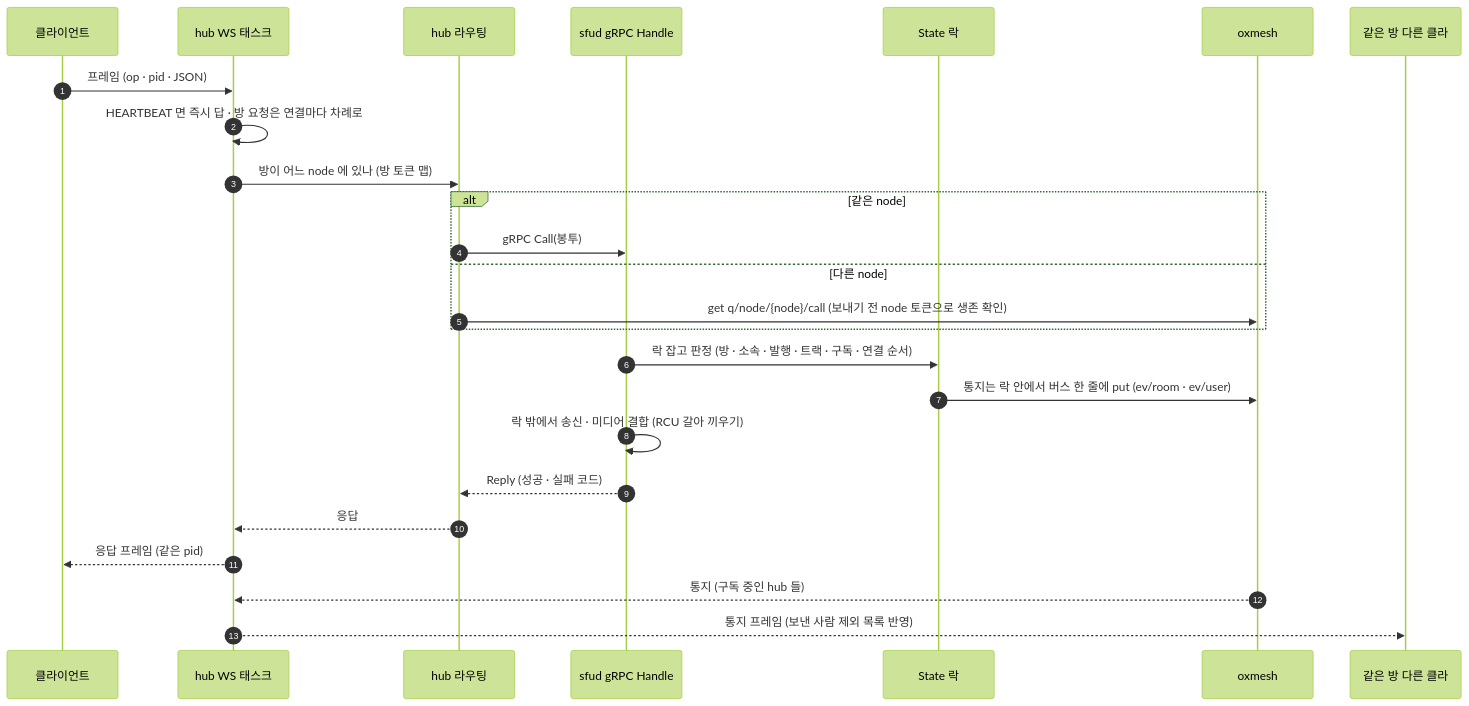
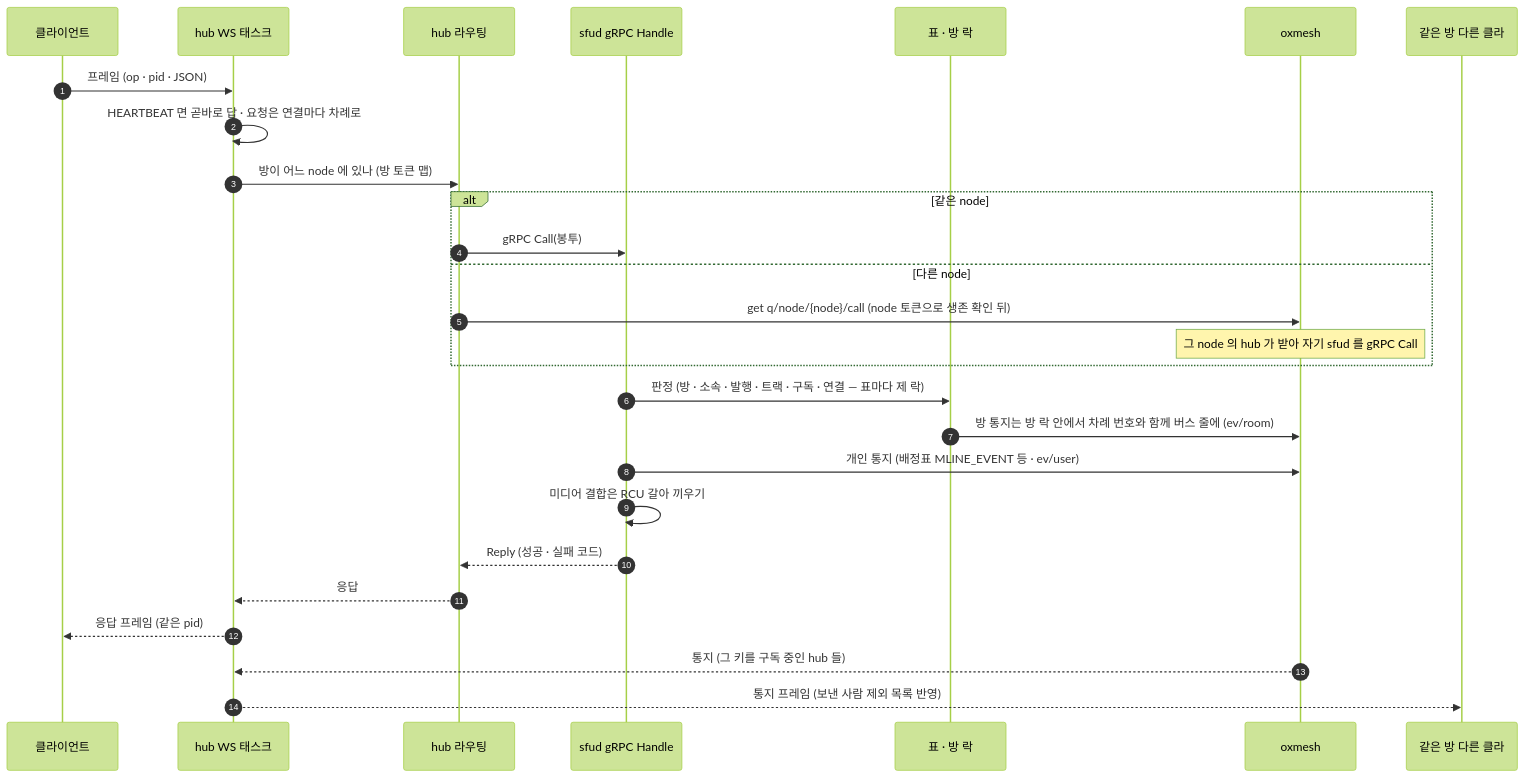
One commit to kodeholic9/oxlens-sfu changed the ninth of 9 diagrams in docs/architecture.md. Above: the diagram before and after it, drawn with Mermaid (forest theme). The commit also changed other lines of this file and 16 other files, not shown here.

First line of the commit message:
공개 문서 현행화 — 연동규격서 공개본 따라잡기(v1.4 이후) · 학습 문서(docs/learn) 신설 · 서버 형상(architecture.md) 40c5ce0 기준 다시 씀 · README 문서 표

````diff
--- a/docs/architecture.md
+++ b/docs/architecture.md
@@ -398,28 +405,30 @@
 ```mermaid
 sequenceDiagram
     autonumber
     participant C as 클라이언트
     participant WS as hub WS 태스크
     participant RT as hub 라우팅
     participant S as sfud gRPC Handle
-    participant ST as State 락
+    participant ST as 표 · 방 락
     participant Z as oxmesh
     participant O as 같은 방 다른 클라
 
     C->>WS: 프레임 (op · pid · JSON)
-    WS->>WS: HEARTBEAT 면 즉시 답 · 방 요청은 연결마다 차례로
+    WS->>WS: HEARTBEAT 면 곧바로 답 · 요청은 연결마다 차례로
     WS->>RT: 방이 어느 node 에 있나 (방 토큰 맵)
     alt 같은 node
         RT->>S: gRPC Call(봉투)
     else 다른 node
-        RT->>Z: get q/node/{node}/call (보내기 전 node 토큰으로 생존 확인)
+        RT->>Z: get q/node/{node}/call (node 토큰으로 생존 확인 뒤)
+        Note over Z: 그 node 의 hub 가 받아 자기 sfud 를 gRPC Call
     end
-    S->>ST: 락 잡고 판정 (방 · 소속 · 발행 · 트랙 · 구독 · 연결 순서)
-    ST->>Z: 통지는 락 안에서 버스 한 줄에 put (ev/room · ev/user)
-    S->>S: 락 밖에서 송신 · 미디어 결합 (RCU 갈아 끼우기)
+    S->>ST: 판정 (방 · 소속 · 발행 · 트랙 · 구독 · 연결 — 표마다 제 락)
+    ST->>Z: 방 통지는 방 락 안에서 차례 번호와 함께 버스 줄에 (ev/room)
+    S->>Z: 개인 통지 (배정표 MLINE_EVENT 등 · ev/user)
+    S->>S: 미디어 결합은 RCU 갈아 끼우기
     S-->>RT: Reply (성공 · 실패 코드)
     RT-->>WS: 응답
     WS-->>C: 응답 프레임 (같은 pid)
-    Z-->>WS: 통지 (구독 중인 hub 들)
+    Z-->>WS: 통지 (그 키를 구독 중인 hub 들)
     WS-->>O: 통지 프레임 (보낸 사람 제외 목록 반영)
 ```
````
